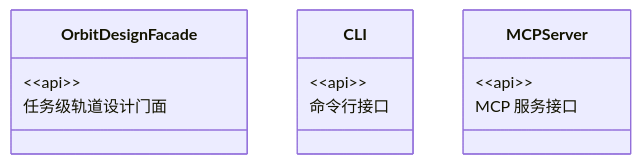
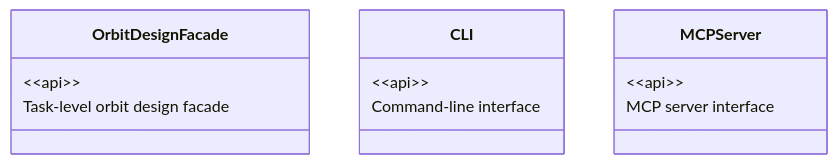
The diagram in docs/reference/mbse/generated/bdd-api.md (cislunarspace/e2m2e), drawn with Mermaid before and after one commit. The commit also changed other lines of this file and 116 other files, not shown here.

````diff
--- a/docs/reference/mbse/generated/bdd-api.md
+++ b/docs/reference/mbse/generated/bdd-api.md
@@ -11,15 +11,15 @@
 ```mermaid
 classDiagram
     class OrbitDesignFacade {
         &lt;&lt;api&gt;&gt;
-        任务级轨道设计门面
+        Task-level orbit design facade
     }
     class CLI {
         &lt;&lt;api&gt;&gt;
-        命令行接口
+        Command-line interface
     }
     class MCPServer {
         &lt;&lt;api&gt;&gt;
-        MCP 服务接口
+        MCP server interface
     }
 ```
````
